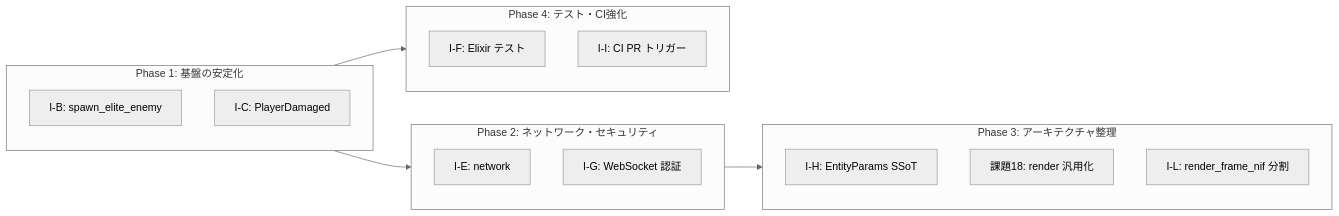
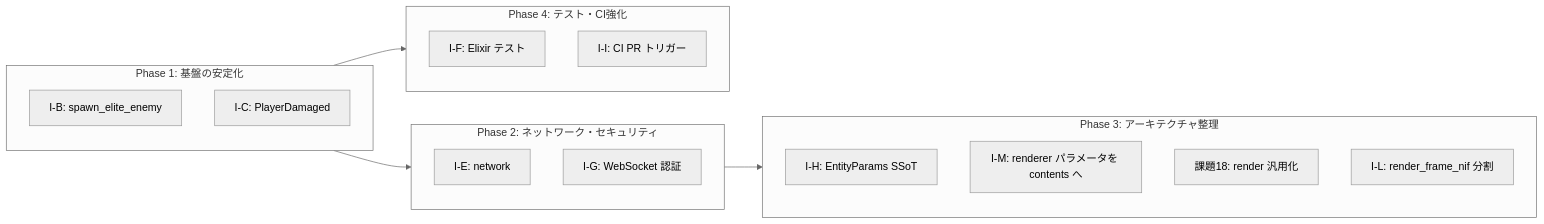
The second of 3 diagrams in docs/task/implementation-priority.md (FRICK-ELDY/alchemy-engine), drawn with Mermaid (neutral theme) before and after one commit. The commit also changed other lines of this file and 4 other files, not shown here.

````diff
--- a/docs/task/implementation-priority.md
+++ b/docs/task/implementation-priority.md
@@ -48,27 +48,28 @@
 ```mermaid
 flowchart LR
     subgraph Phase1["Phase 1: 基盤の安定化"]
         IB["I-B: spawn_elite_enemy"]
         IC["I-C: PlayerDamaged"]
     end
 
     subgraph Phase2["Phase 2: ネットワーク・セキュリティ"]
         IE["I-E: network"]
         IG["I-G: WebSocket 認証"]
     end
 
     subgraph Phase3["Phase 3: アーキテクチャ整理"]
         IH["I-H: EntityParams SSoT"]
+        IM["I-M: renderer パラメータを contents へ"]
         I18["課題18: render 汎用化"]
         IL["I-L: render_frame_nif 分割"]
     end
 
     subgraph Phase4["Phase 4: テスト・CI強化"]
         IF["I-F: Elixir テスト"]
         II["I-I: CI PR トリガー"]
     end
 
     Phase1 --> Phase2
     Phase1 --> Phase4
     Phase2 --> Phase3
 ```
````
